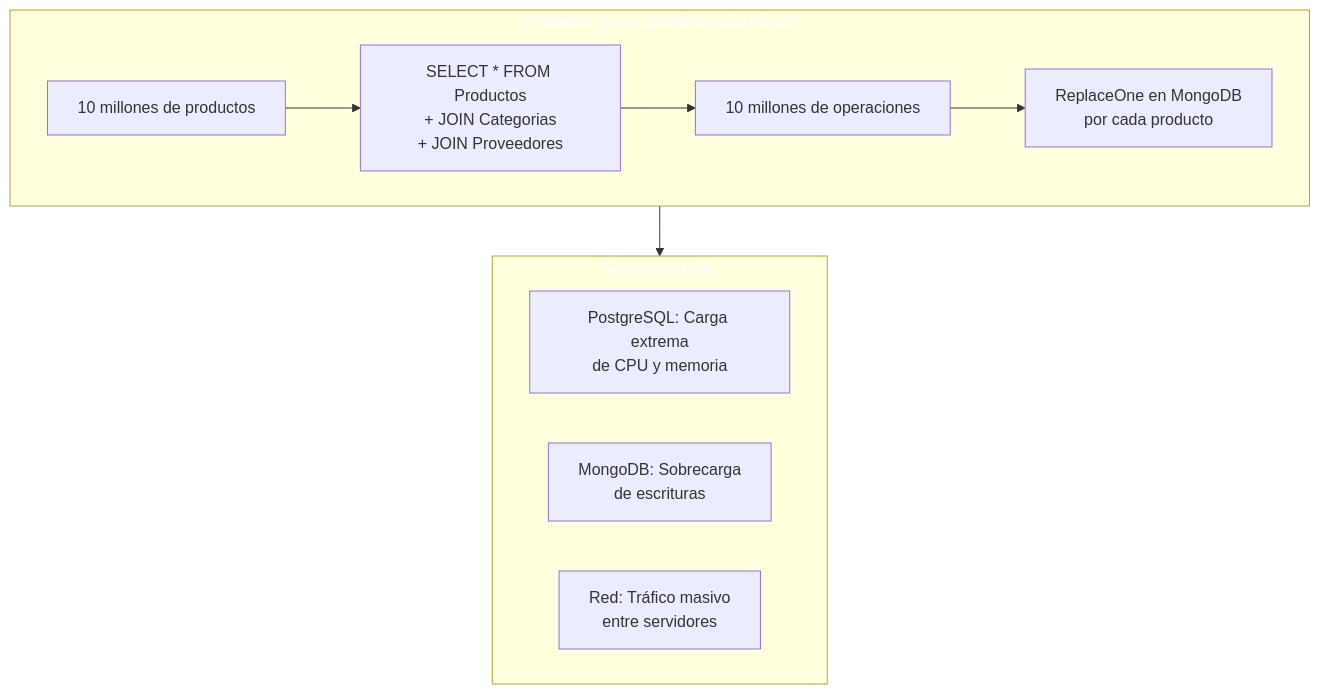
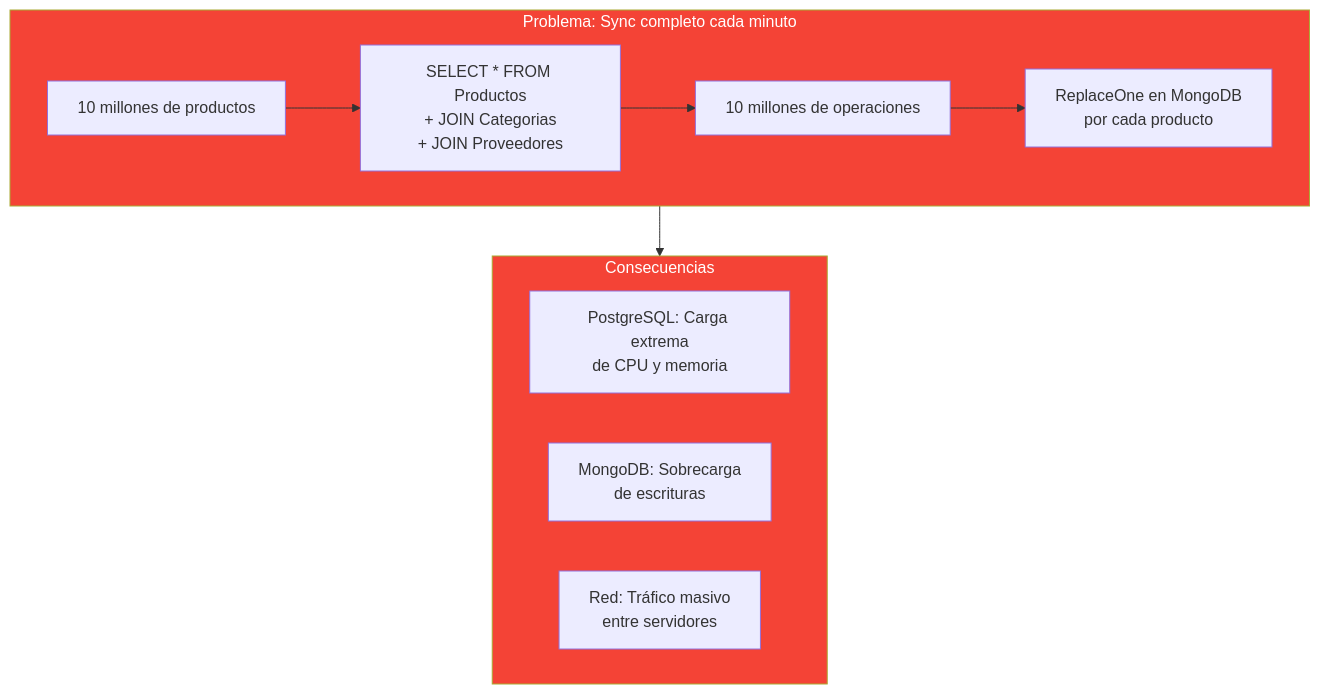
Before and after one commit to joseluisgs/DesarrolloWebEntornosServidor-02-2026-2027: diagram 13 of 24 in 30-cqrs-mediator.md, drawn with Mermaid. The commit also changed other lines of this file and 29 other files, not shown here.

Commit message:
docs: corregir estilos Mermaid y estilo, quitar referencias a la Tienda y reestructurar los retos 13 y 15

````diff
--- a/30-cqrs-mediator.md
+++ b/30-cqrs-mediator.md
@@ -904,19 +904,19 @@
 ```mermaid
 flowchart TD
     subgraph PROBLEMA["Problema: Sync completo cada minuto"]
         A["10 millones de productos"] --> B["SELECT * FROM Productos\n+ JOIN Categorias\n+ JOIN Proveedores"]
         B --> C["10 millones de operaciones"]
         C --> D["ReplaceOne en MongoDB\npor cada producto"]
     end
 
     subgraph CONSECUENCIAS["Consecuencias"]
         E["PostgreSQL: Carga extrema\nde CPU y memoria"]
         F["MongoDB: Sobrecarga\nde escrituras"]
         G["Red: Tráfico masivo\nentre servidores"]
     end
 
     PROBLEMA --> CONSECUENCIAS
 
-    style PROBLEMA fill:#f4433,color:#fff6,color:#fff
-    style CONSECUENCIAS fill:#f4433,color:#fff6,color:#fff
+    style PROBLEMA fill:#f44336,color:#fff
+    style CONSECUENCIAS fill:#f44336,color:#fff
 ```
````
